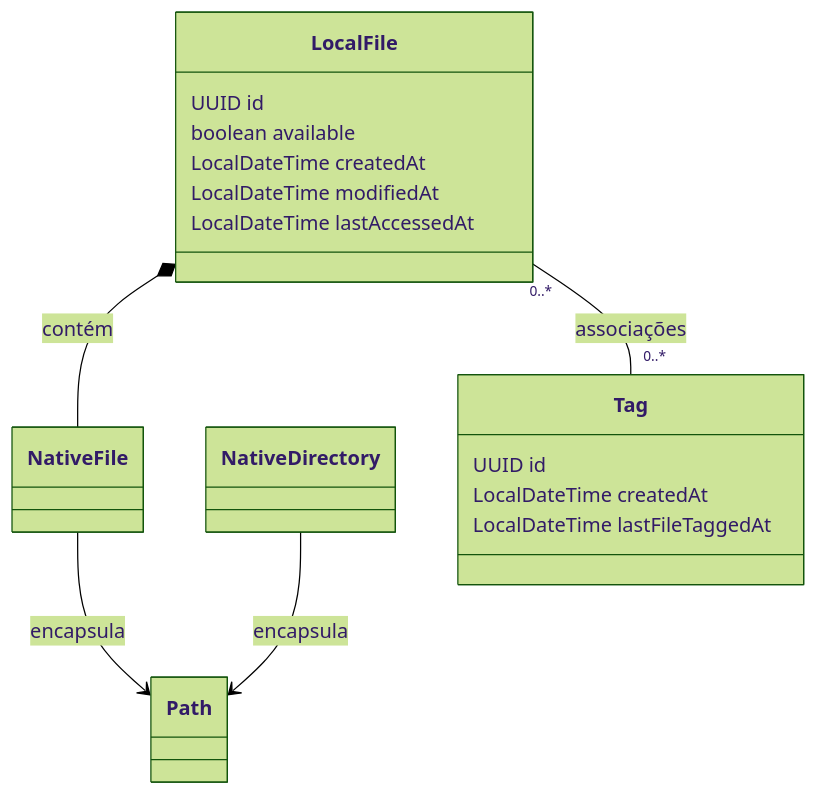
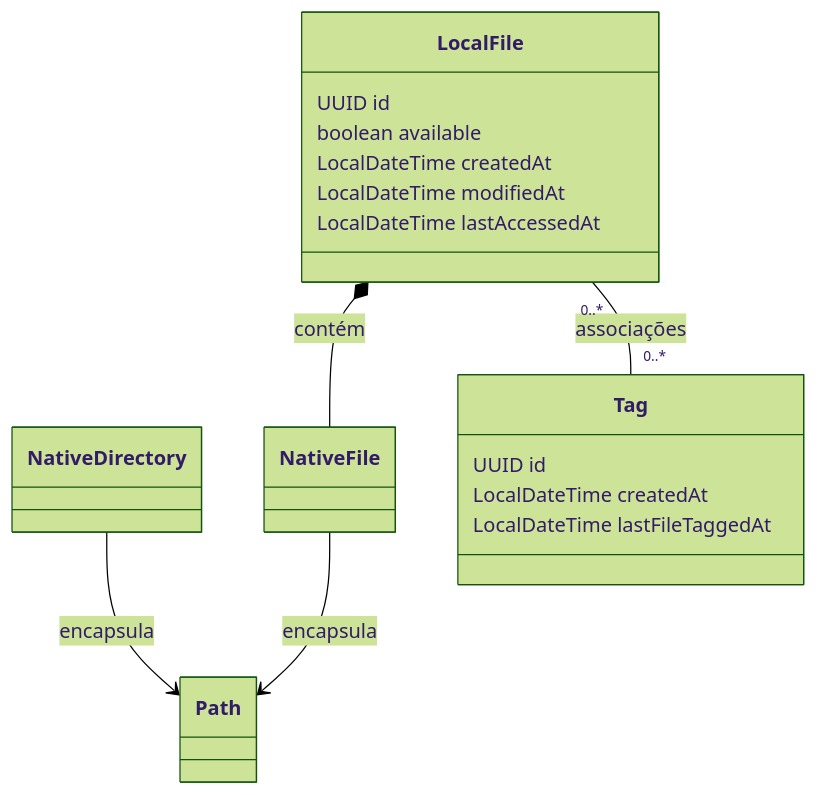
One commit to ARS1802/tag-file changed the first of 2 diagrams in doc/modelo-de-dominio.md. Above: the diagram before and after it, drawn with Mermaid (forest theme). The commit also changed other lines of this file and 33 other files, not shown here.

Commit message:
Added diagrams and cleaned docs.

````diff
--- a/doc/modelo-de-dominio.md
+++ b/doc/modelo-de-dominio.md
@@ -99,22 +23,22 @@
 ```mermaid
 classDiagram
+    class NativeDirectory
+    class NativeFile
+    class Path
     class LocalFile {
         UUID id
         boolean available
         LocalDateTime createdAt
         LocalDateTime modifiedAt
         LocalDateTime lastAccessedAt
     }
-    class NativeFile
-    class NativeDirectory
-    class Path
     class Tag {
         UUID id
         LocalDateTime createdAt
         LocalDateTime lastFileTaggedAt
     }
+    NativeDirectory --> Path : encapsula
+    NativeFile --> Path : encapsula
     LocalFile *-- NativeFile : contém
-    NativeFile --> Path : encapsula
-    NativeDirectory --> Path : encapsula
     LocalFile "0..*" -- "0..*" Tag : associações
 ```
````
